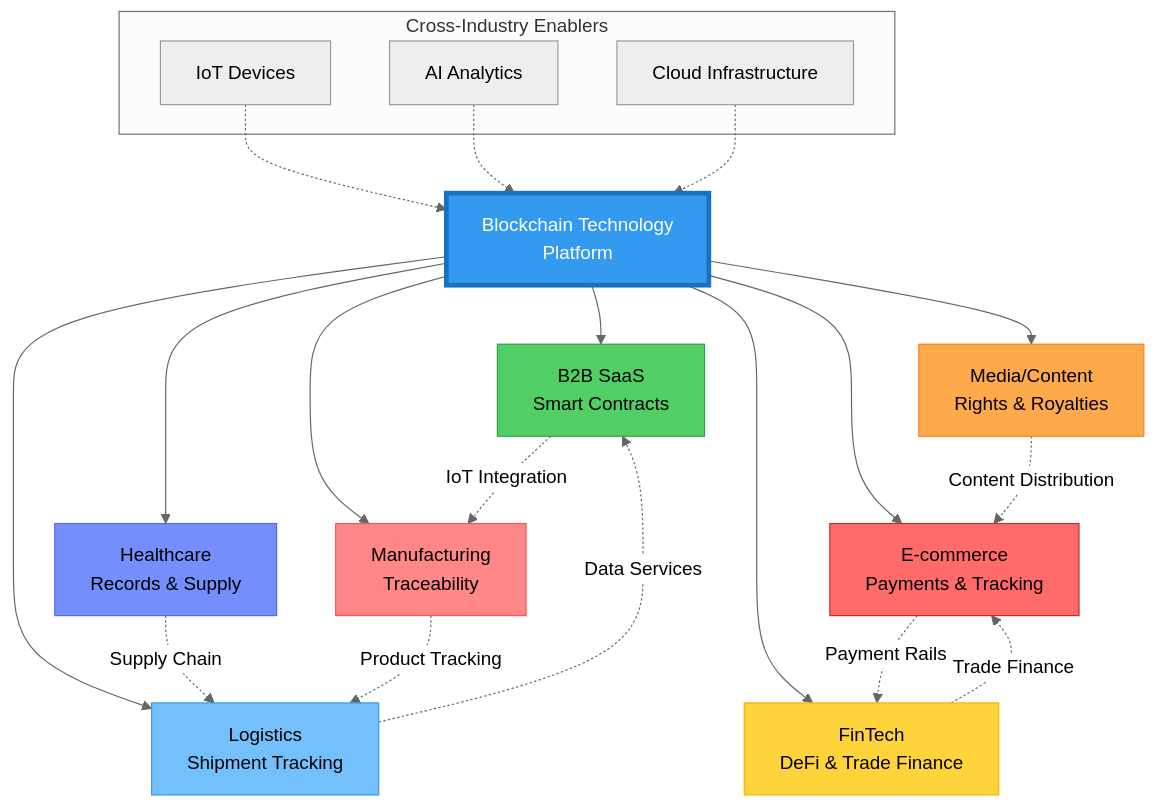
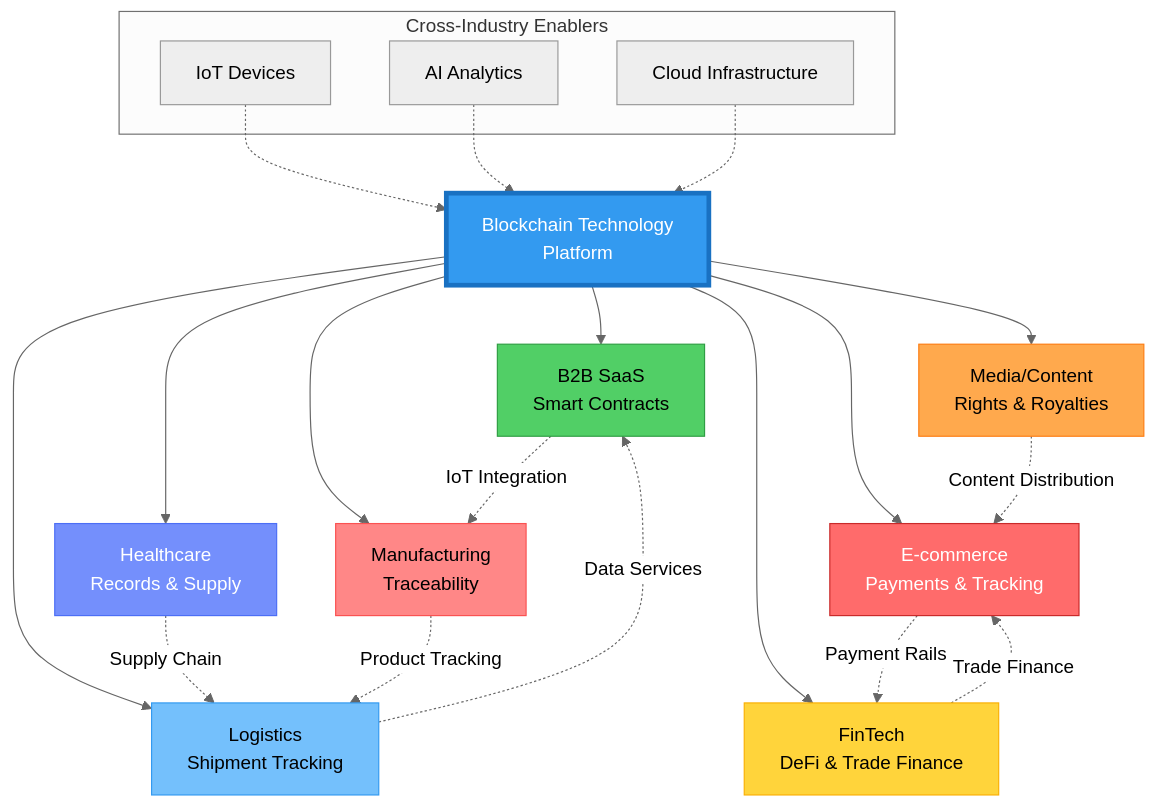
The fourth of 11 diagrams in Industry/Blockchain/Blockchain/ValueChain/QA_LinerScholarDeepResearch.md (ljg-cqu/knowledge), drawn with Mermaid (neutral theme) before and after one commit. The commit also changed other lines of this file and 6 other files, not shown here.

````diff
--- a/Industry/Blockchain/Blockchain/ValueChain/QA_LinerScholarDeepResearch.md
+++ b/Industry/Blockchain/Blockchain/ValueChain/QA_LinerScholarDeepResearch.md
@@ -132,39 +132,39 @@
 ```mermaid
 graph TB
     BC[Blockchain Technology<br/>Platform]
     
     BC --> SAAS[B2B SaaS<br/>Smart Contracts]
     BC --> ECOM[E-commerce<br/>Payments & Tracking]
     BC --> FIN[FinTech<br/>DeFi & Trade Finance]
     BC --> HC[Healthcare<br/>Records & Supply]
     BC --> MFG[Manufacturing<br/>Traceability]
     BC --> MED[Media/Content<br/>Rights & Royalties]
     BC --> LOG[Logistics<br/>Shipment Tracking]
     
     SAAS -.->|IoT Integration| MFG
     ECOM -.->|Payment Rails| FIN
     HC -.->|Supply Chain| LOG
     MFG -.->|Product Tracking| LOG
     MED -.->|Content Distribution| ECOM
     LOG -.->|Data Services| SAAS
     FIN -.->|Trade Finance| ECOM
     
     subgraph "Cross-Industry Enablers"
         IOT[IoT Devices]
         AI[AI Analytics]
         CLOUD[Cloud Infrastructure]
     end
     
     IOT -.-> BC
     AI -.-> BC
     CLOUD -.-> BC
     
     style BC fill:#339af0,stroke:#1971c2,stroke-width:4px,color:#fff
-    style SAAS fill:#51cf66,stroke:#2f9e44
-    style ECOM fill:#ff6b6b,stroke:#c92a2a
-    style FIN fill:#ffd43b,stroke:#fab005
-    style HC fill:#748ffc,stroke:#4c6ef5
-    style MFG fill:#ff8787,stroke:#fa5252
-    style MED fill:#ffa94d,stroke:#fd7e14
-    style LOG fill:#74c0fc,stroke:#339af0
+    style SAAS fill:#51cf66,stroke:#2f9e44,color:#000
+    style ECOM fill:#ff6b6b,stroke:#c92a2a,color:#fff
+    style FIN fill:#ffd43b,stroke:#fab005,color:#000
+    style HC fill:#748ffc,stroke:#4c6ef5,color:#fff
+    style MFG fill:#ff8787,stroke:#fa5252,color:#000
+    style MED fill:#ffa94d,stroke:#fd7e14,color:#000
+    style LOG fill:#74c0fc,stroke:#339af0,color:#000
 ```
````
